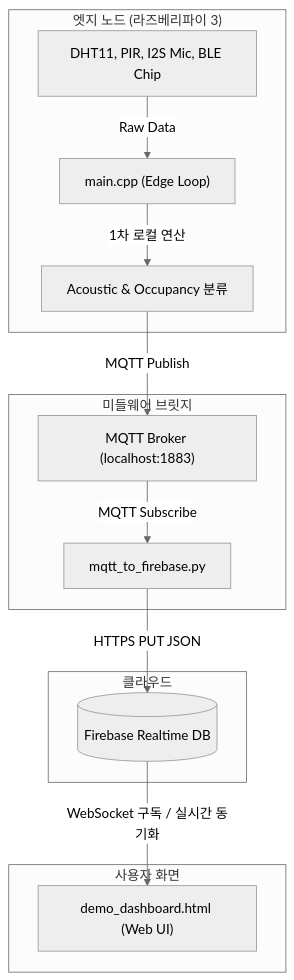
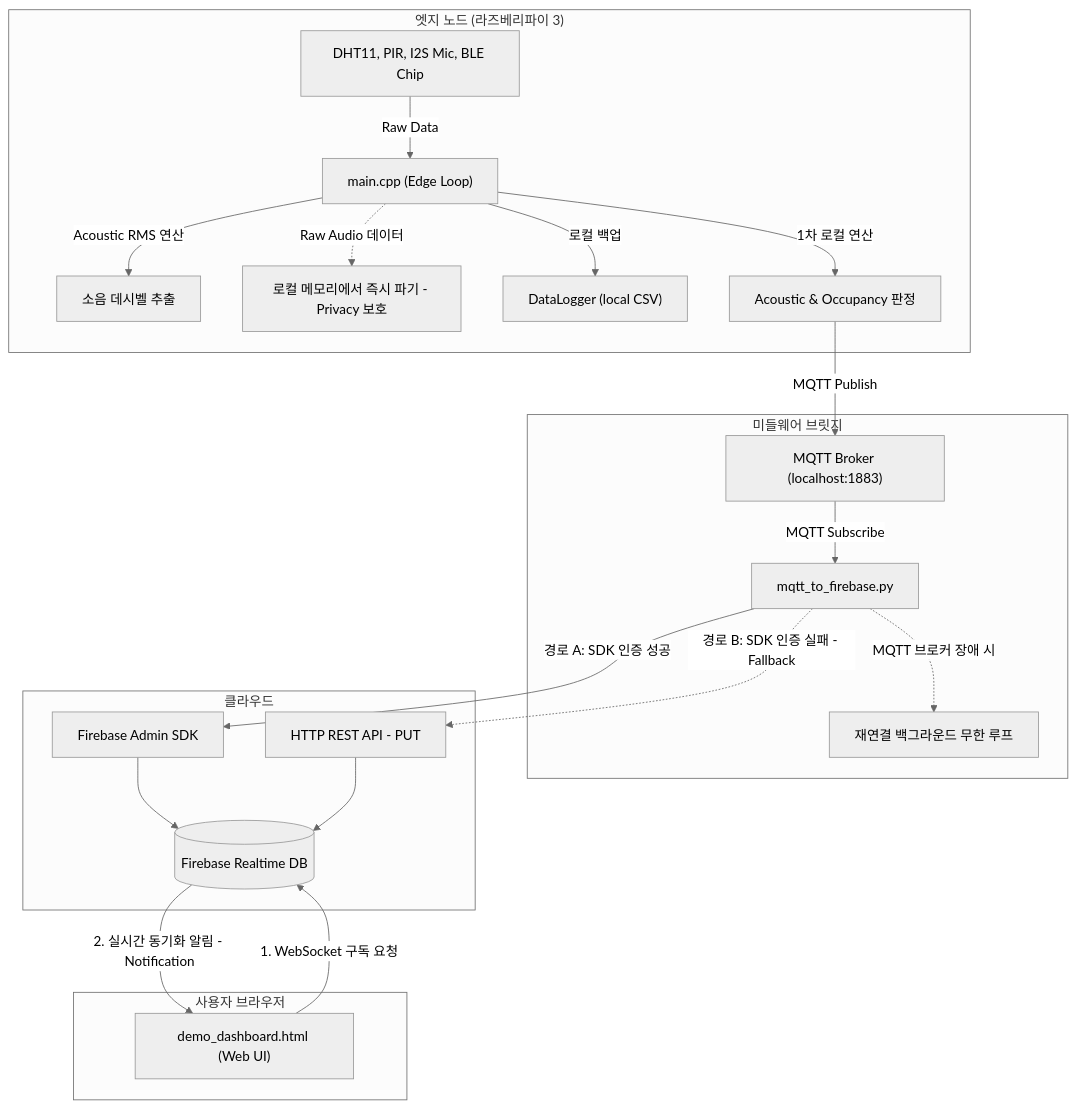
Before and after one commit to mg021010/StudySpot: the diagram in README.md, drawn with Mermaid (neutral theme). The commit also changed other lines of this file, not shown here.

Commit message:
docs: restructure README overview for brevity, expand architecture diagram, and add metrics section

````diff
--- a/README.md
+++ b/README.md
@@ -25,20 +27,43 @@
 ```mermaid
 graph TD
-    subgraph Hardware ["엣지 노드 (라즈베리파이 3)"]
+    %% 1. Hardware/Edge Node
+    subgraph EdgeNode ["엣지 노드 (라즈베리파이 3)"]
         Sensors["DHT11, PIR, I2S Mic, BLE Chip"] -->|Raw Data| Main["main.cpp (Edge Loop)"]
-        Main -->|1차 로컬 연산| Proc["Acoustic & Occupancy 분류"]
+        
+        %% Audio data privacy flow
+        Main -->|Acoustic RMS 연산| SoundDb["소음 데시벨 추출"]
+        Main -.->|Raw Audio 데이터| Trash["로컬 메모리에서 즉시 파기 - Privacy 보호"]
+        
+        %% Local logging / offline flow
+        Main -->|로컬 백업| CSVLogger["DataLogger (local CSV)"]
+        Main -->|1차 로컬 연산| Proc["Acoustic & Occupancy 판정"]
     end
 
+    %% 2. Messaging/Broker
     subgraph Messaging ["미들웨어 브릿지"]
         Proc -->|MQTT Publish| Broker["MQTT Broker (localhost:1883)"]
         Broker -->|MQTT Subscribe| Bridge["mqtt_to_firebase.py"]
+        
+        %% Broker/Bridge connection fail fallback
+        Bridge -.->|MQTT 브로커 장애 시| Retry["재연결 백그라운드 무한 루프"]
     end
 
+    %% 3. Cloud / Database
     subgraph Cloud ["클라우드"]
-        Bridge -->|HTTPS PUT JSON| Firebase[(Firebase Realtime DB)]
+        %% Firebase writing fallback
+        Bridge -->|경로 A: SDK 인증 성공| FirebaseSDK["Firebase Admin SDK"]
+        Bridge -.->|경로 B: SDK 인증 실패 - Fallback| FirebaseREST["HTTP REST API - PUT"]
+        
+        FirebaseSDK --> DB[("Firebase Realtime DB")]
+        FirebaseREST --> DB
     end
 
-    subgraph Frontend ["사용자 화면"]
-        Firebase -->|WebSocket 구독 / 실시간 동기화| Web["demo_dashboard.html (Web UI)"]
+    %% 4. Client / User
+    subgraph Client ["사용자 브라우저"]
+        Web["demo_dashboard.html (Web UI)"]
+        
+        %% Subscription & Notification flow
+        Web -->|1. WebSocket 구독 요청| DB
+        DB -->|2. 실시간 동기화 알림 - Notification| Web
     end
 ```
````
